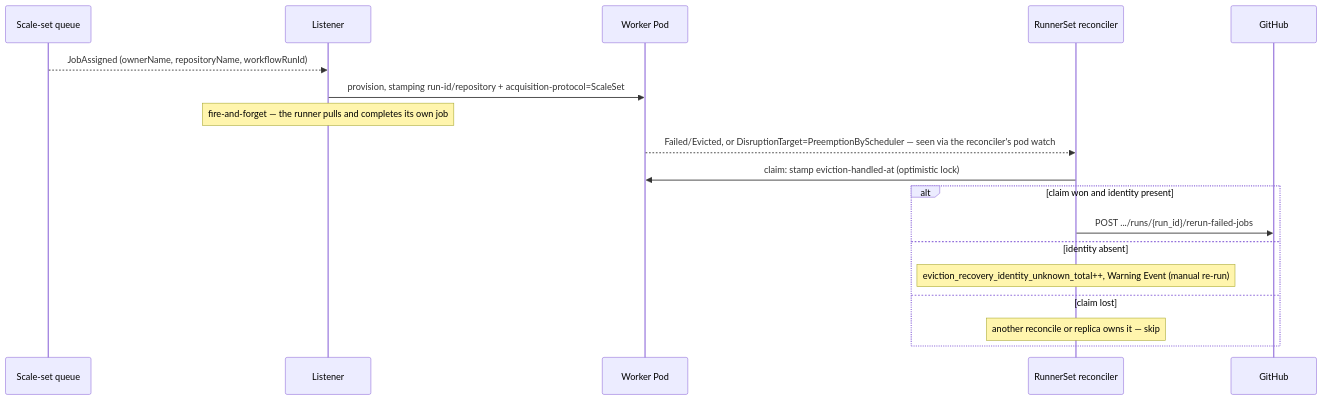
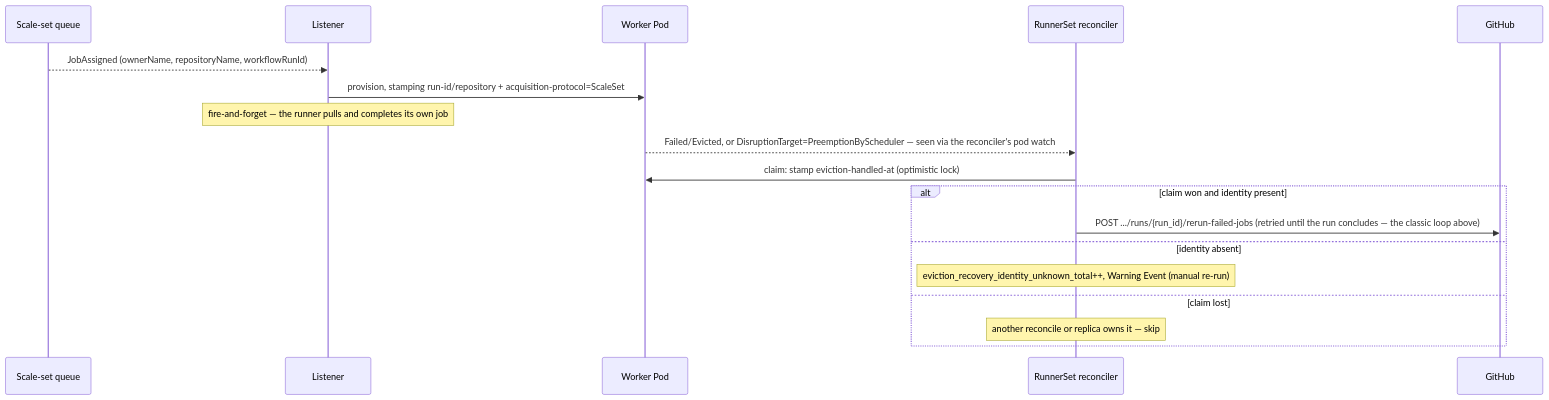
The seventh of 9 diagrams in docs/design/04-operational-flows.md (actions-gateway/github-actions-gateway), drawn with Mermaid before and after one commit. The commit also changed other lines of this file and 15 other files, not shown here.

````diff
--- a/docs/design/04-operational-flows.md
+++ b/docs/design/04-operational-flows.md
@@ -259,20 +262,20 @@
 ```mermaid
 sequenceDiagram
     participant Q as Scale-set queue
     participant L as Listener
     participant P as Worker Pod
     participant R as RunnerSet reconciler
     participant GH as GitHub
     Q-->>L: JobAssigned (ownerName, repositoryName, workflowRunId)
     L->>P: provision, stamping run-id/repository + acquisition-protocol=ScaleSet
     Note over L: fire-and-forget — the runner pulls and completes its own job
     P-->>R: Failed/Evicted, or DisruptionTarget=PreemptionByScheduler — seen via the reconciler's pod watch
     R->>P: claim: stamp eviction-handled-at (optimistic lock)
     alt claim won and identity present
-        R->>GH: POST .../runs/{run_id}/rerun-failed-jobs
+        R->>GH: POST .../runs/{run_id}/rerun-failed-jobs (retried until the run concludes — the classic loop above)
     else identity absent
         Note over R: eviction_recovery_identity_unknown_total++, Warning Event (manual re-run)
     else claim lost
         Note over R: another reconcile or replica owns it — skip
     end
 ```
````
